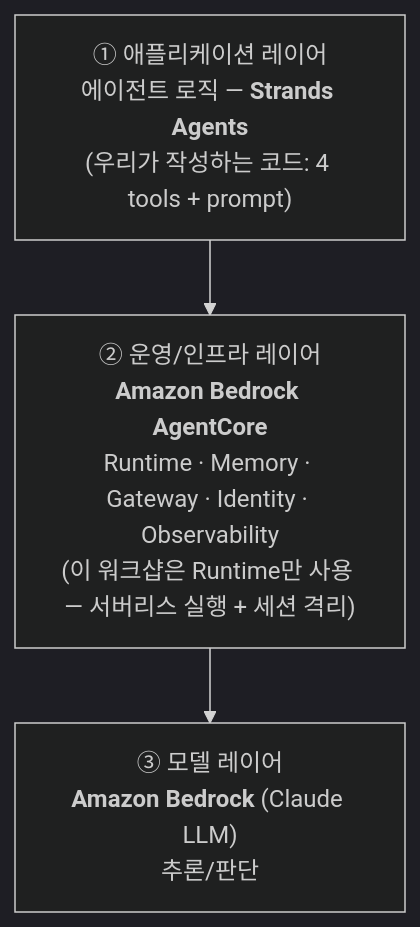
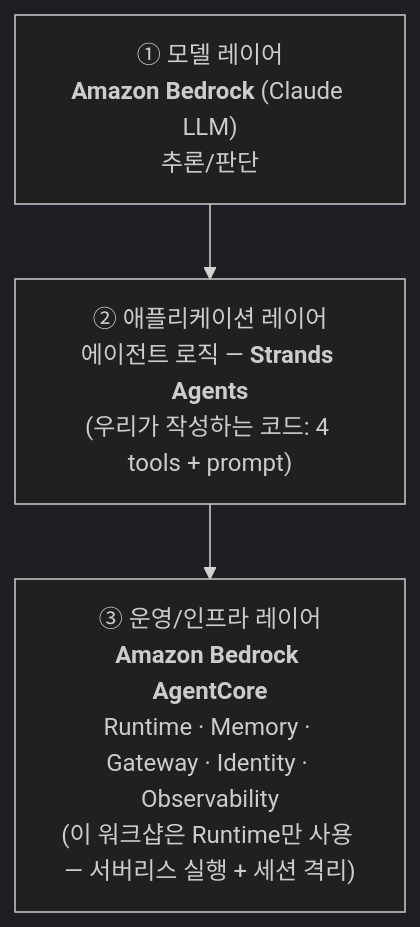
One commit to yeonuk-lim/smus-workshop changed the second of 2 diagrams in workshop/module-3-agent/README.md. Above: the diagram before and after it, drawn with Mermaid (dark theme). The commit also changed other lines of this file, not shown here.

Commit message:
docs: reorder AgentCore diagram to Bedrock->Strands->AgentCore (1->2->3)

````diff
--- a/workshop/module-3-agent/README.md
+++ b/workshop/module-3-agent/README.md
@@ -104,7 +104,7 @@
 ```mermaid
 flowchart TB
-    A["① 애플리케이션 레이어<br/>에이전트 로직 — <b>Strands Agents</b><br/>(우리가 작성하는 코드: 4 tools + prompt)"]
-    B["② 운영/인프라 레이어<br/><b>Amazon Bedrock AgentCore</b><br/>Runtime · Memory · Gateway · Identity · Observability<br/>(이 워크샵은 Runtime만 사용 — 서버리스 실행 + 세션 격리)"]
-    C["③ 모델 레이어<br/><b>Amazon Bedrock</b> (Claude LLM)<br/>추론/판단"]
-    A --> B --> C
+    C["① 모델 레이어<br/><b>Amazon Bedrock</b> (Claude LLM)<br/>추론/판단"]
+    A["② 애플리케이션 레이어<br/>에이전트 로직 — <b>Strands Agents</b><br/>(우리가 작성하는 코드: 4 tools + prompt)"]
+    B["③ 운영/인프라 레이어<br/><b>Amazon Bedrock AgentCore</b><br/>Runtime · Memory · Gateway · Identity · Observability<br/>(이 워크샵은 Runtime만 사용 — 서버리스 실행 + 세션 격리)"]
+    C --> A --> B
 ```
````
